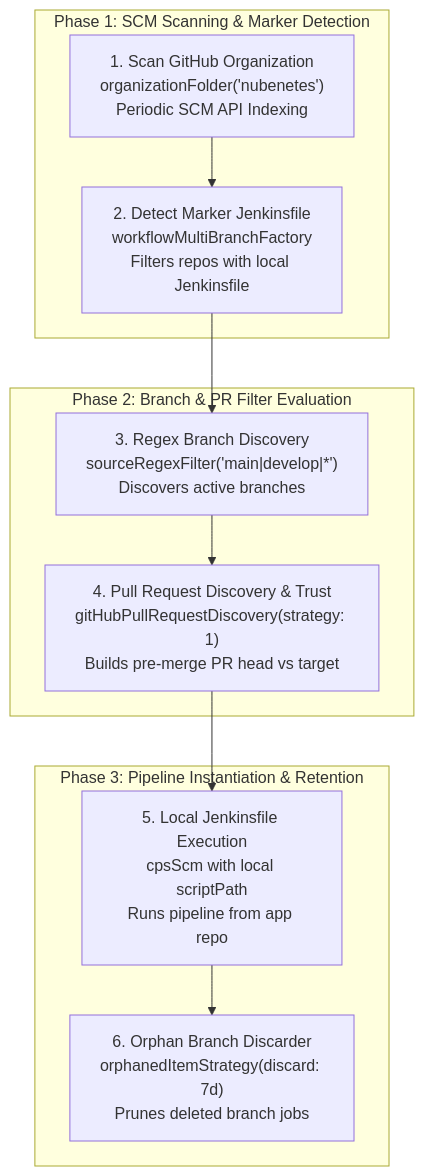
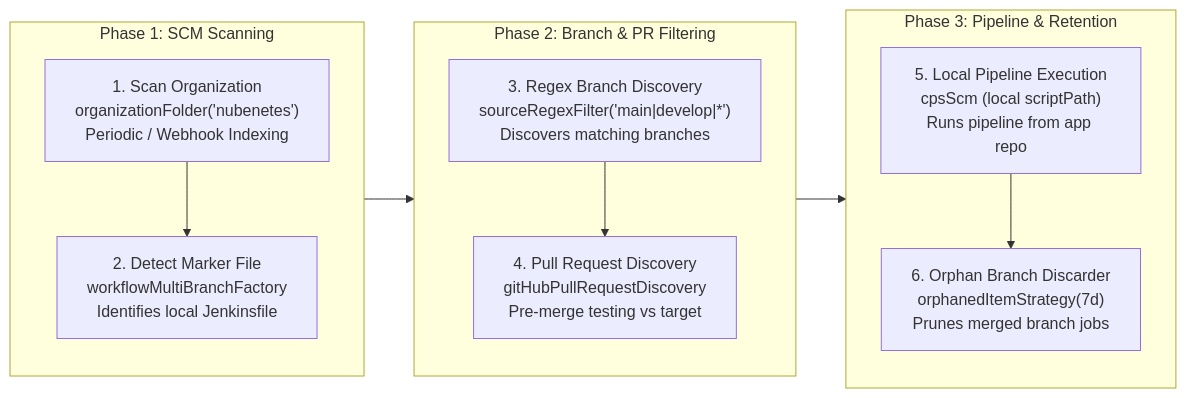
One commit to nubenetes/jenkins-backstage-2026-poc1 changed the fifth of 7 diagrams in README.md. Above: the diagram before and after it, drawn with Mermaid. The commit also changed other lines of this file, not shown here.

Commit message:
fix(docs): perfect Mermaid flowchart layouts and visual alignment across Pattern A and B

````diff
--- a/README.md
+++ b/README.md
@@ -233,23 +233,26 @@
 ```mermaid
-flowchart TD
-    subgraph Phase1["Phase 1: SCM Scanning & Marker Detection"]
-        A["1. Scan GitHub Organization<br/>organizationFolder('nubenetes')<br/>Periodic SCM API Indexing"]
-        B["2. Detect Marker Jenkinsfile<br/>workflowMultiBranchFactory<br/>Filters repos with local Jenkinsfile"]
+flowchart LR
+    subgraph P1["Phase 1: SCM Scanning"]
+        direction TB
+        A1["1. Scan Organization<br/>organizationFolder('nubenetes')<br/>Periodic / Webhook Indexing"]
+        A2["2. Detect Marker File<br/>workflowMultiBranchFactory<br/>Identifies local Jenkinsfile"]
+        A1 --> A2
     end
 
-    subgraph Phase2["Phase 2: Branch & PR Filter Evaluation"]
-        C["3. Regex Branch Discovery<br/>sourceRegexFilter('main|develop|*')<br/>Discovers active branches"]
-        D["4. Pull Request Discovery & Trust<br/>gitHubPullRequestDiscovery(strategy: 1)<br/>Builds pre-merge PR head vs target"]
+    subgraph P2["Phase 2: Branch & PR Filtering"]
+        direction TB
+        B1["3. Regex Branch Discovery<br/>sourceRegexFilter('main|develop|*')<br/>Discovers matching branches"]
+        B2["4. Pull Request Discovery<br/>gitHubPullRequestDiscovery<br/>Pre-merge testing vs target"]
+        B1 --> B2
     end
 
-    subgraph Phase3["Phase 3: Pipeline Instantiation & Retention"]
-        E["5. Local Jenkinsfile Execution<br/>cpsScm with local scriptPath<br/>Runs pipeline from app repo"]
-        F["6. Orphan Branch Discarder<br/>orphanedItemStrategy(discard: 7d)<br/>Prunes deleted branch jobs"]
+    subgraph P3["Phase 3: Pipeline & Retention"]
+        direction TB
+        C1["5. Local Pipeline Execution<br/>cpsScm (local scriptPath)<br/>Runs pipeline from app repo"]
+        C2["6. Orphan Branch Discarder<br/>orphanedItemStrategy(7d)<br/>Prunes merged branch jobs"]
+        C1 --> C2
     end
 
-    A --> B
-    B --> C
-    C --> D
-    D --> E
-    E --> F
+    P1 --> P2
+    P2 --> P3
 ```
````
